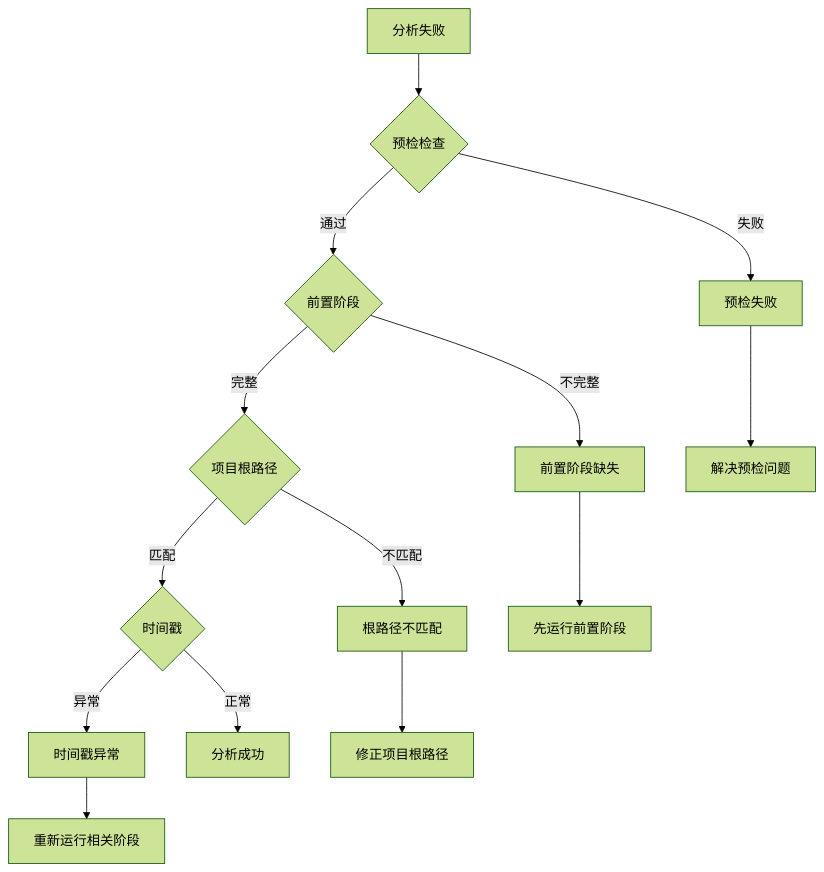
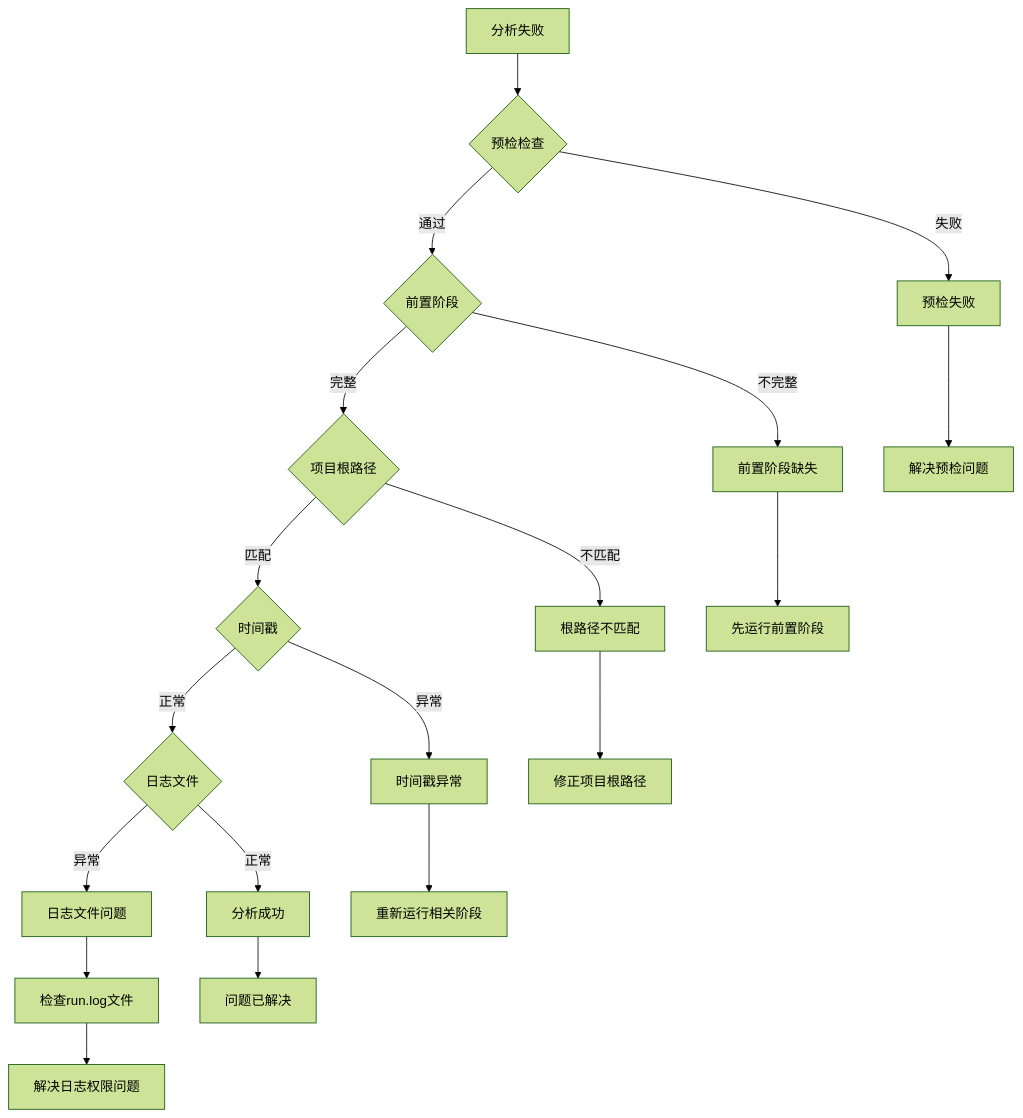
One commit to brand-new-remo/frontend-impact-analyzer changed diagram 15 of 15 in .qoder/repowiki/zh/content/Workflow Management.md. Above: the diagram before and after it, drawn with Mermaid (forest theme). The commit also changed other lines of this file and 7 other files, not shown here.

````diff
--- a/.qoder/repowiki/zh/content/Workflow Management.md
+++ b/.qoder/repowiki/zh/content/Workflow Management.md
@@ -429,16 +505,21 @@
 ```mermaid
 flowchart TD
 Issue[分析失败] --> Check1{"预检检查"}
 Check1 --> |失败| Preflight[预检失败]
 Check1 --> |通过| Check2{"前置阶段"}
 Check2 --> |不完整| Prereq[前置阶段缺失]
 Check2 --> |完整| Check3{"项目根路径"}
 Check3 --> |不匹配| RootPath[根路径不匹配]
 Check3 --> |匹配| Check4{"时间戳"}
 Check4 --> |异常| Timestamp[时间戳异常]
-Check4 --> |正常| Success[分析成功]
-Preflight --> Resolution1[解决预检问题]
-Prereq --> Resolution2[先运行前置阶段]
-RootPath --> Resolution3[修正项目根路径]
-Timestamp --> Resolution4[重新运行相关阶段]
+Check4 --> |正常| Check5{"日志文件"}
+Check5 --> |异常| LogFile[日志文件问题]
+Check5 --> |正常| Success[分析成功]
+LogFile --> LogDiagnosis[检查run.log文件]
+LogDiagnosis --> Resolution1[解决日志权限问题]
+Preflight --> Resolution2[解决预检问题]
+Prereq --> Resolution3[先运行前置阶段]
+RootPath --> Resolution4[修正项目根路径]
+Timestamp --> Resolution5[重新运行相关阶段]
+Success --> Resolution6[问题已解决]
 ```
````
